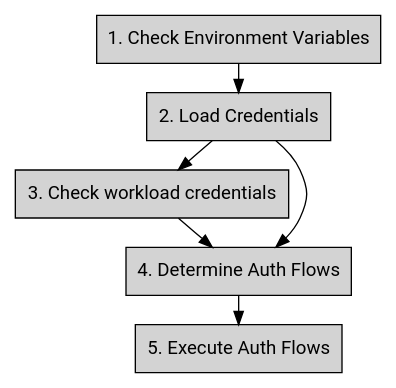
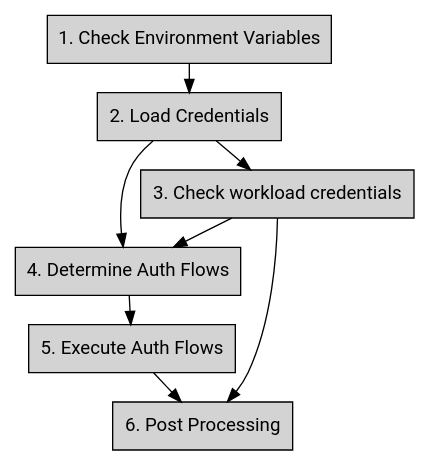
One commit to aip-dev/google.aip.dev changed the diagram in aip/auth/4110.md. Above: the diagram before and after it, drawn with Graphviz. The commit also changed other lines of this file, not shown here.

````diff
--- a/aip/auth/4110.md
+++ b/aip/auth/4110.md
@@ -99,16 +103,18 @@
 ```graphviz
 digraph d_front_back {
   rankdir=TB;
   ranksep=0.3;
   node [ style="filled,solid" shape=box fontname="Roboto" ];
 
   check_env_var [ label="1. Check Environment Variables" ];
   load_credentials [ label="2. Load Credentials" ];
   check_metadata [ label="3. Check workload credentials" ];
   auth_flows [ label="4. Determine Auth Flows" ];
   execute [ label="5. Execute Auth Flows" ];
+  post_processing [ label="6. Post Processing" ];
 
-  check_env_var -> load_credentials -> check_metadata ->auth_flows -> execute;
+  check_env_var -> load_credentials -> check_metadata ->auth_flows -> execute -> post_processing;
   load_credentials -> auth_flows;
+  check_metadata -> post_processing;
 }
 ```
````
